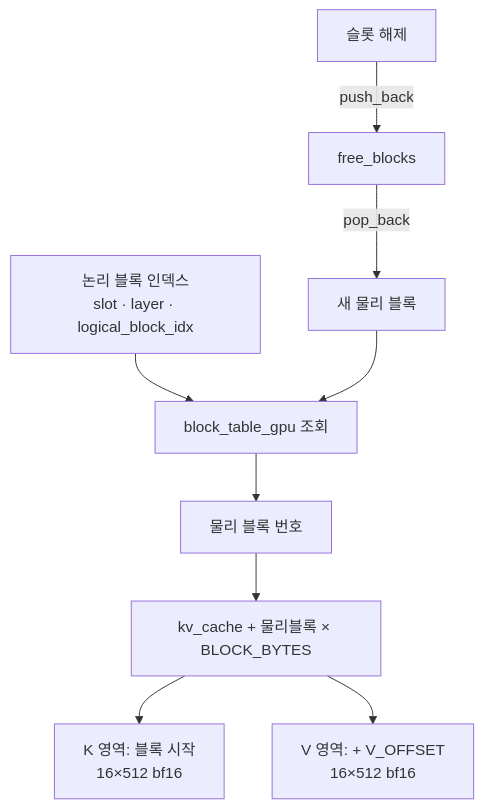
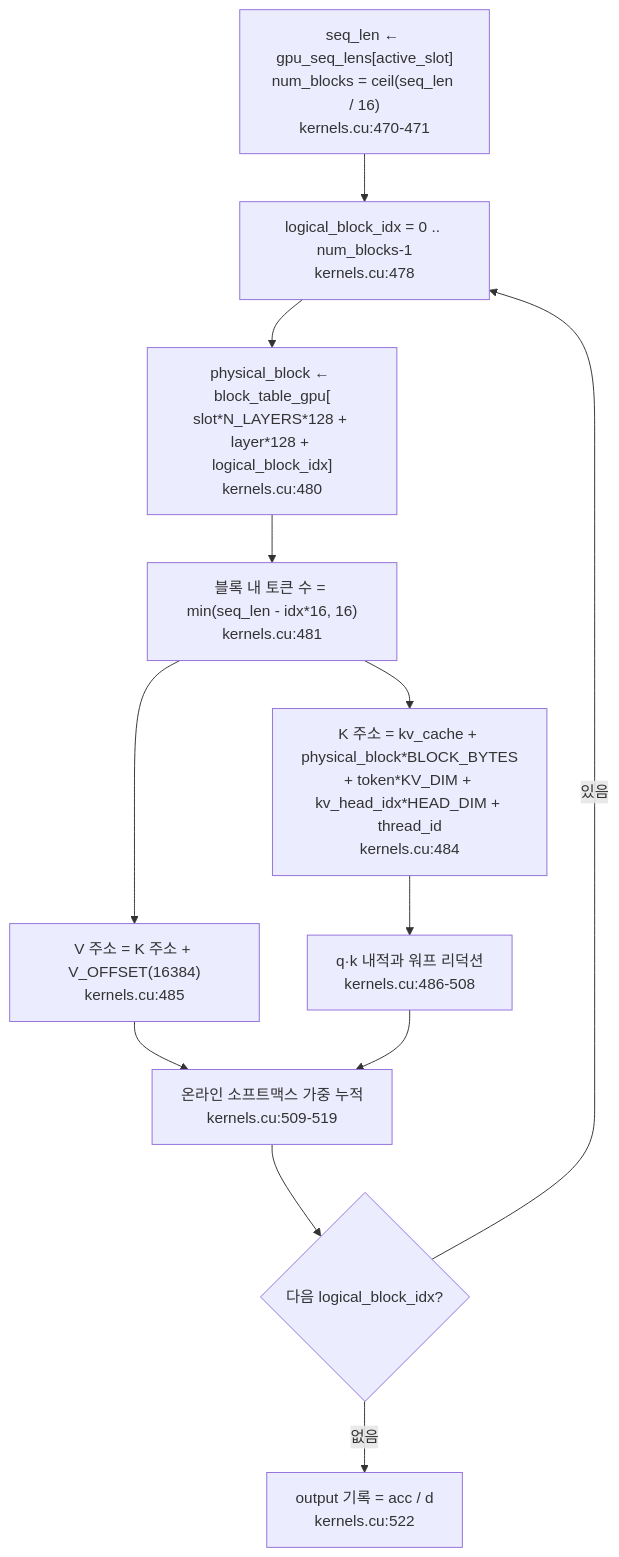
The diagram in data/code-series/jmaczan--tiny-vllm/articles/ko-06.md (ryujaehun/ryujaehun.github.io), drawn with Mermaid before and after one commit. The commit also changed other lines of this file and 14 other files, not shown here.

````diff
--- a/data/code-series/jmaczan--tiny-vllm/articles/ko-06.md
+++ b/data/code-series/jmaczan--tiny-vllm/articles/ko-06.md
@@ -87,11 +154,14 @@
 ```mermaid
 flowchart TD
-    A[논리 블록 인덱스<br/>slot · layer · logical_block_idx] --> B[block_table_gpu 조회]
-    B --> C[물리 블록 번호]
-    C --> D[kv_cache + 물리블록 × BLOCK_BYTES]
-    D --> E[K 영역: 블록 시작<br/>16×512 bf16]
-    D --> F[V 영역: + V_OFFSET<br/>16×512 bf16]
-    G[free_blocks] -- pop_back --> H[새 물리 블록]
-    H --> B
-    I[슬롯 해제] -- push_back --> G
+    A["seq_len ← gpu_seq_lens[active_slot]<br/>num_blocks = ceil(seq_len / 16)<br/>kernels.cu:470-471"] --> B["logical_block_idx = 0 .. num_blocks-1<br/>kernels.cu:478"]
+    B --> C["physical_block ← block_table_gpu[<br/>slot*N_LAYERS*128 + layer*128 + logical_block_idx]<br/>kernels.cu:480"]
+    C --> D["블록 내 토큰 수 = min(seq_len - idx*16, 16)<br/>kernels.cu:481"]
+    D --> E["K 주소 = kv_cache + physical_block*BLOCK_BYTES<br/>+ token*KV_DIM + kv_head_idx*HEAD_DIM + thread_id<br/>kernels.cu:484"]
+    D --> F["V 주소 = K 주소 + V_OFFSET(16384)<br/>kernels.cu:485"]
+    E --> G["q·k 내적과 워프 리덕션<br/>kernels.cu:486-508"]
+    F --> H["온라인 소프트맥스 가중 누적<br/>kernels.cu:509-519"]
+    G --> H
+    H --> I{"다음 logical_block_idx?"}
+    I -->|있음| B
+    I -->|없음| J["output 기록 = acc / d<br/>kernels.cu:522"]
 ```
````
